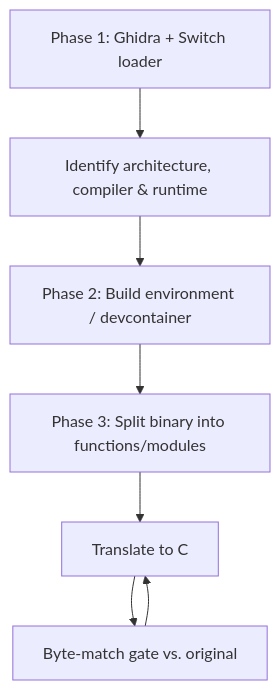
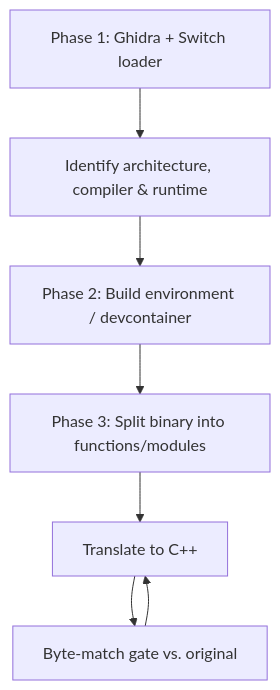
The diagram in README.md (Mamotromico/mhgu-decomp), drawn with Mermaid before and after one commit. The commit also changed other lines of this file and 1 other file, not shown here.

````diff
--- a/README.md
+++ b/README.md
@@ -39,9 +40,9 @@
 ```mermaid
 graph TD
     A[Phase 1: Ghidra + Switch loader] --> B[Identify architecture, compiler & runtime]
     B --> C[Phase 2: Build environment / devcontainer]
     C --> D[Phase 3: Split binary into functions/modules]
-    D --> E[Translate to C]
+    D --> E[Translate to C++]
     E --> F[Byte-match gate vs. original]
     F --> E
 ```
````
